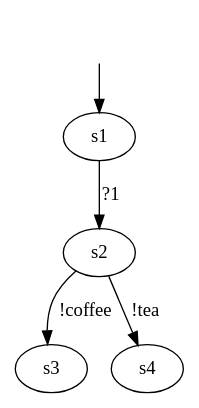
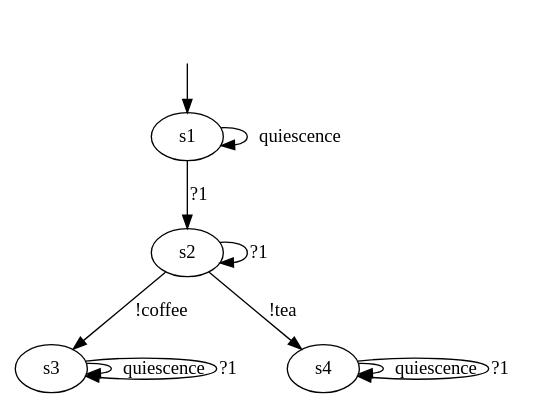
The diagram in DotModels/Iolts/ioco/05_ioco_S.dot (haubitzer/AALpy), drawn with Graphviz before and after one commit. The commit also changed 28 other files, not shown here.

```diff
--- a/DotModels/Iolts/ioco/05_ioco_S.dot
+++ b/DotModels/Iolts/ioco/05_ioco_S.dot
@@ -1,14 +1,17 @@
-digraph {
+digraph "../../DotModels/Iolts/ioco/05_ioco_S" {
 s1 [label=s1];
 s2 [label=s2];
 s3 [label=s3];
 s4 [label=s4];
-
-
+s1 -> s1  [label=quiescence];
 s1 -> s2  [label="?1"];
 s2 -> s3  [label="!coffee"];
 s2 -> s4  [label="!tea"];
-
+s2 -> s2  [label="?1"];
+s3 -> s3  [label=quiescence];
+s3 -> s3  [label="?1"];
+s4 -> s4  [label=quiescence];
+s4 -> s4  [label="?1"];
 __start0 [label="", shape=none];
 __start0 -> s1  [label=""];
 }
```
